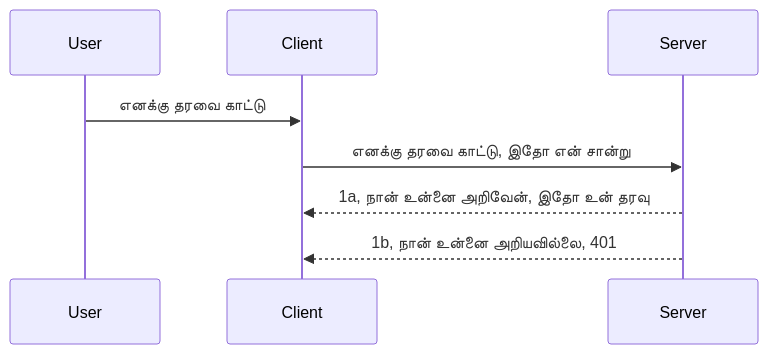
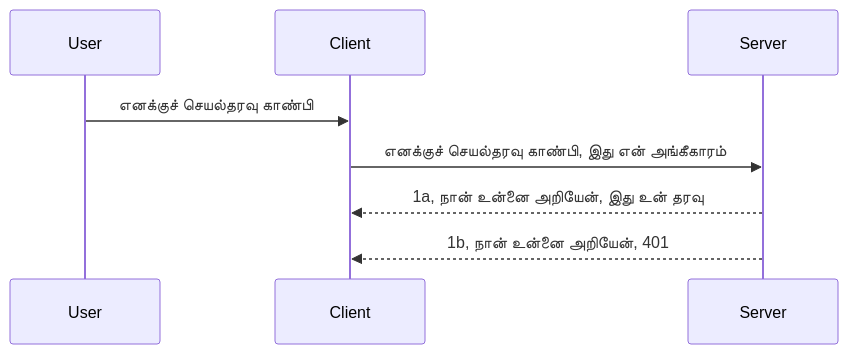
One commit to HIDORAKAI002/ai-workspace-archive changed the diagram in mcp_ecosystem__model_context_protocol/mcp_learning_resources/mcp-for-beginners/translations/ta/03-GettingStarted/11-simple-auth/README.md. Above: the diagram before and after it, drawn with Mermaid. The commit also changed other lines of this file and 1046 other files, not shown here.

````diff
--- a/mcp_ecosystem__model_context_protocol/mcp_learning_resources/mcp-for-beginners/translations/ta/03-GettingStarted/11-simple-auth/README.md
+++ b/mcp_ecosystem__model_context_protocol/mcp_learning_resources/mcp-for-beginners/translations/ta/03-GettingStarted/11-simple-auth/README.md
@@ -24,11 +24,11 @@
 ```mermaid
 sequenceDiagram
    participant User
    participant Client
    participant Server
 
-   User->>Client: எனக்கு தரவை காட்டு
-   Client->>Server: எனக்கு தரவை காட்டு, இதோ என் சான்று
-   Server-->>Client: 1a, நான் உன்னை அறிவேன், இதோ உன் தரவு
-   Server-->>Client: 1b, நான் உன்னை அறியவில்லை, 401 
+   User->>Client: எனக்குச் செயல்தரவு காண்பி
+   Client->>Server: எனக்குச் செயல்தரவு காண்பி, இது என் அங்கீகாரம்
+   Server-->>Client: 1a, நான் உன்னை அறியேன், இது உன் தரவு
+   Server-->>Client: 1b, நான் உன்னை அறியேன், 401 
 ```
````
